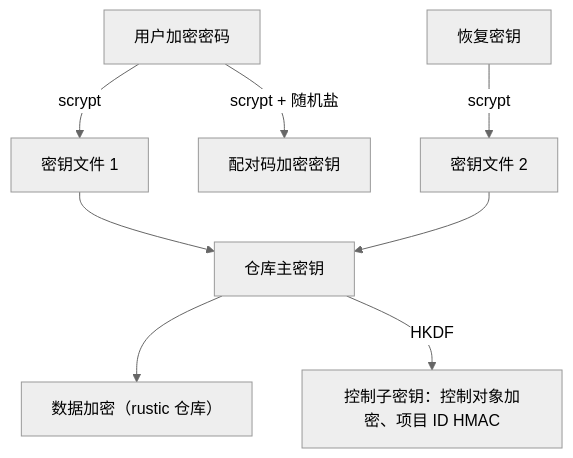
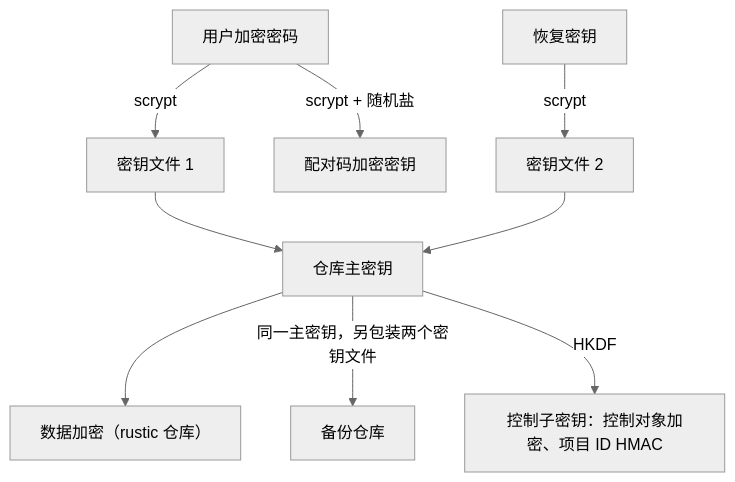
Diagram 11 of 12 in docs/architecture.md (kverona-ai/workroam), drawn with Mermaid (neutral theme) before and after one commit. The commit also changed other lines of this file and 8 other files, not shown here.

````diff
--- a/docs/architecture.md
+++ b/docs/architecture.md
@@ -797,10 +939,11 @@
 ```mermaid
 flowchart TB
     P["用户加密密码"] -- scrypt --> K1["密钥文件 1"]
     R["恢复密钥"] -- scrypt --> K2["密钥文件 2"]
     K1 --> M["仓库主密钥"]
     K2 --> M
     M --> E["数据加密（rustic 仓库）"]
+    M -- 同一主密钥，另包装两个密钥文件 --> BK["备份仓库"]
     M -- HKDF --> C["控制子密钥：控制对象加密、项目 ID HMAC"]
     P -- scrypt + 随机盐 --> Q["配对码加密密钥"]
 ```
````
